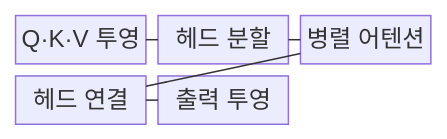
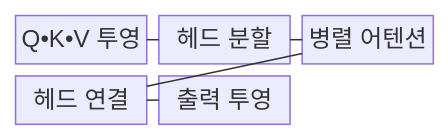
One commit to agnusdei1207/knowledge-base changed the first of 2 diagrams in src/content/docs/notes/08-latest-tech/030_multi_head_attention.md. Above: the diagram before and after it, drawn with Mermaid. The commit also changed other lines of this file and 953 other files, not shown here.

````diff
--- a/src/content/docs/notes/08-latest-tech/030_multi_head_attention.md
+++ b/src/content/docs/notes/08-latest-tech/030_multi_head_attention.md
@@ -69,13 +69,13 @@
 ```mermaid
 block-beta
     columns 3
-    P["Q·K·V 투영"]
+    P["Q•K•V 투영"]
     S["헤드 분할"]
     H["병렬 어텐션"]
     C["헤드 연결"]
     O["출력 투영"]
     P --- S
     S --- H
     H --- C
     C --- O
 ```
````
